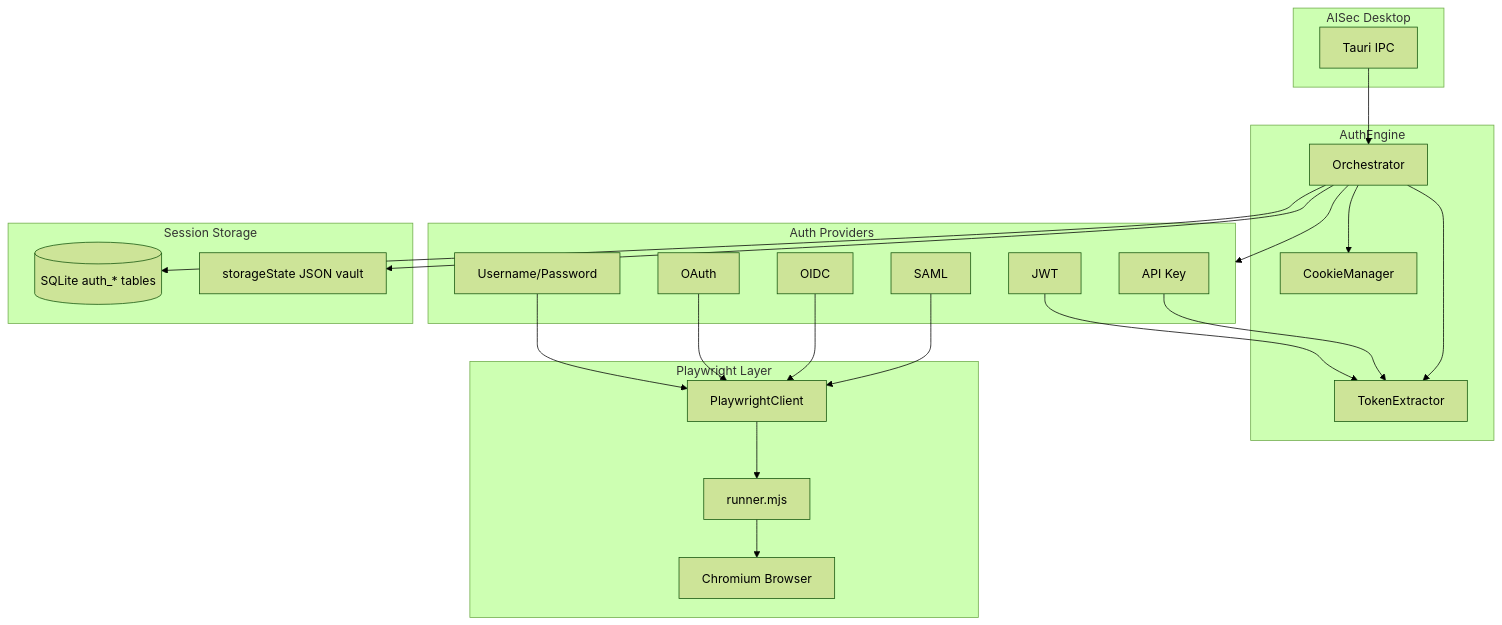
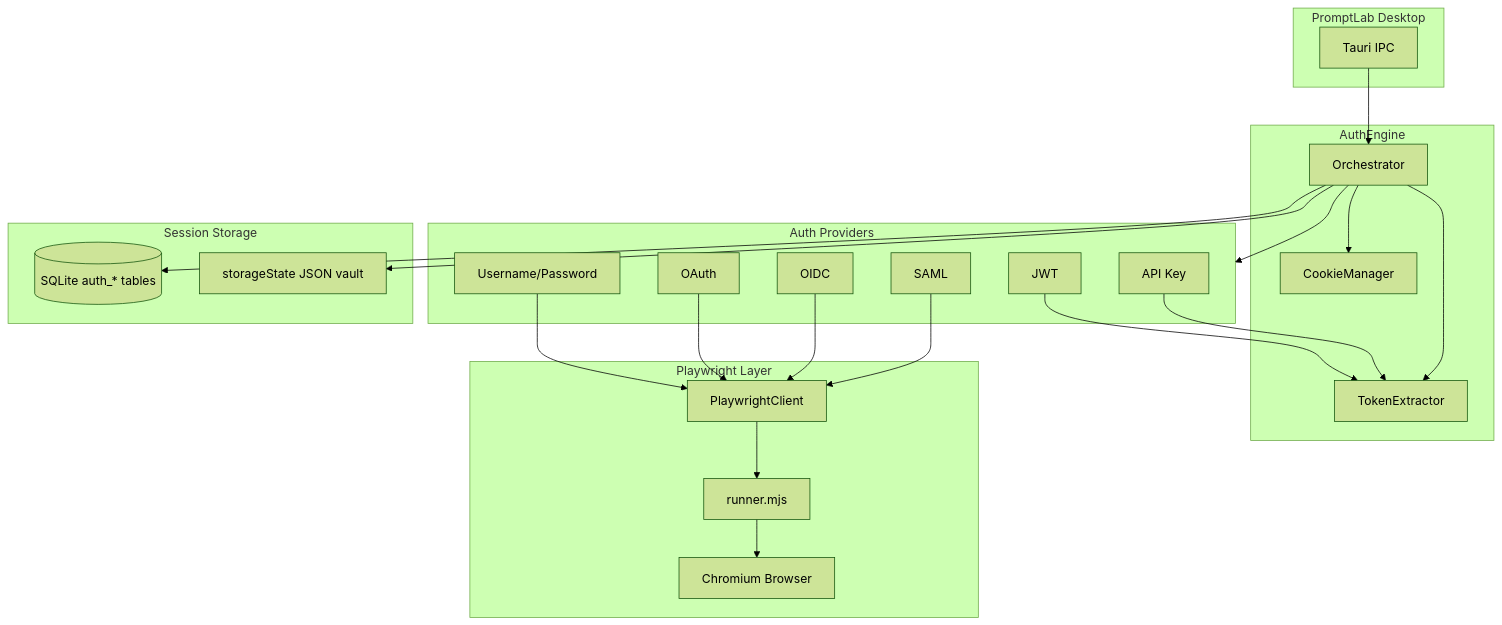
Before and after one commit to YangYang-Research/yang-promptlab: the diagram in docs/AUTH.md, drawn with Mermaid (forest theme). The commit also changed other lines of this file and 352 other files, not shown here.

First line of the commit message:
feat(promptlab): migrate from AISec to PromptLab framework

````diff
--- a/docs/AUTH.md
+++ b/docs/AUTH.md
@@ -13,40 +13,40 @@
 ```mermaid
 flowchart TB
-    subgraph UI["AISec Desktop"]
+    subgraph UI["PromptLab Desktop"]
         IPC[Tauri IPC]
     end
 
     subgraph AuthEngine["AuthEngine"]
         AE[Orchestrator]
         CM[CookieManager]
         TE[TokenExtractor]
     end
 
     subgraph Providers["Auth Providers"]
         UP[Username/Password]
         OA[OAuth]
         OI[OIDC]
         SA[SAML]
         JW[JWT]
         AK[API Key]
     end
 
     subgraph Playwright["Playwright Layer"]
         PC[PlaywrightClient]
         RN[runner.mjs]
         BR[Chromium Browser]
     end
 
     subgraph Storage["Session Storage"]
         DB[(SQLite auth_* tables)]
         VAULT[storageState JSON vault]
     end
 
     IPC --> AE
     AE --> Providers
     UP & OA & OI & SA --> PC
     JW & AK --> TE
     PC --> RN --> BR
     AE --> CM & TE
     AE --> DB & VAULT
 ```
````
